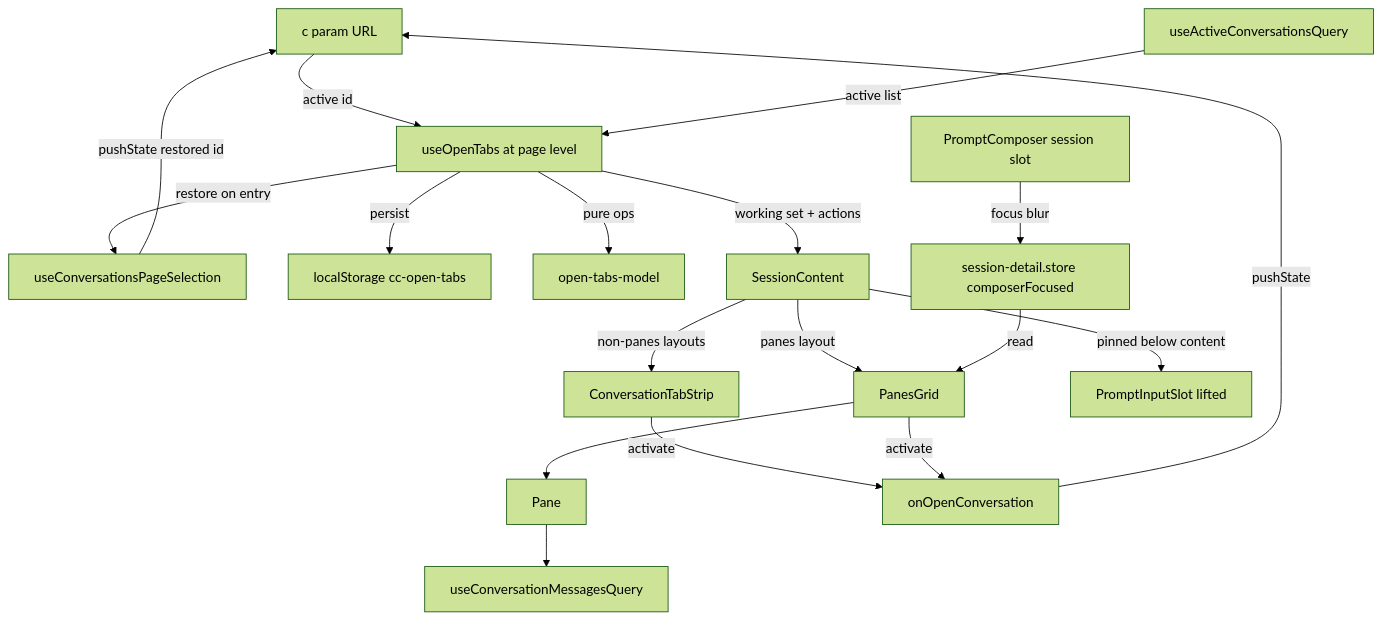
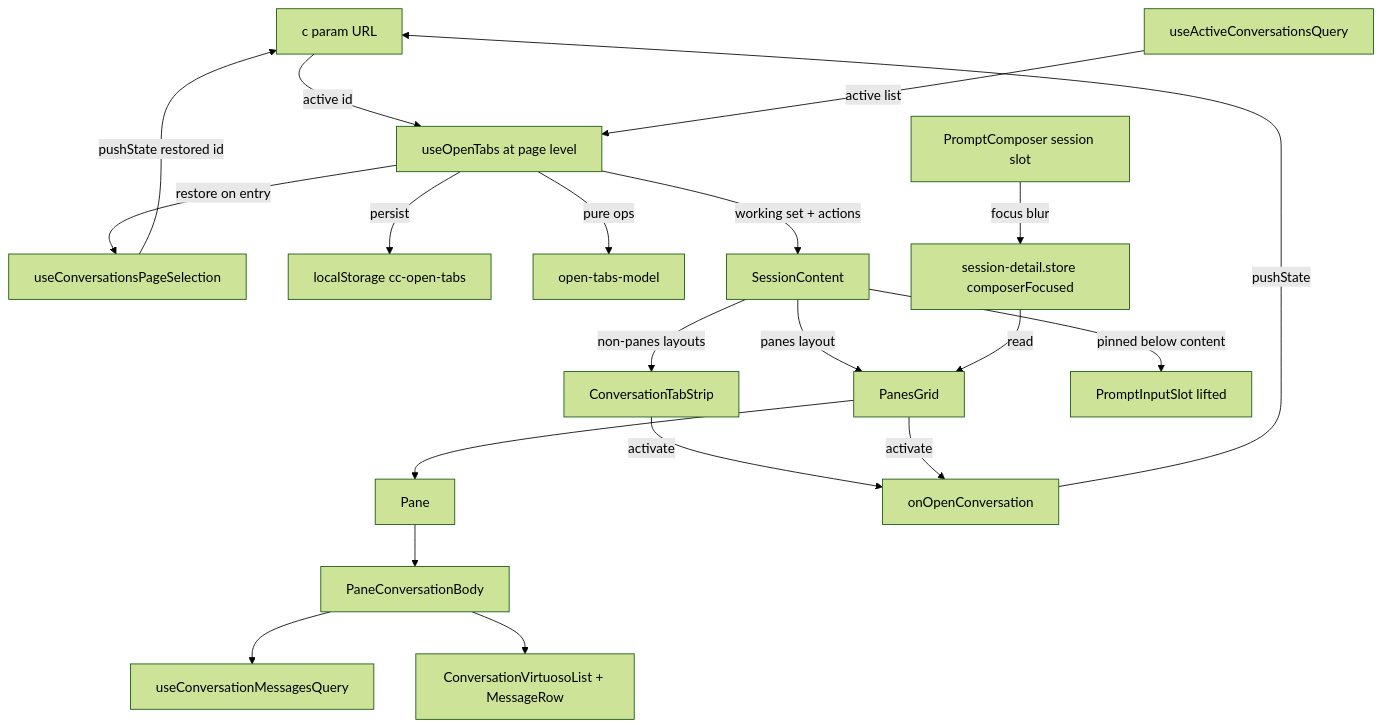
The first of 3 diagrams in .kiro/specs/conversation-tabs-and-panes/design.md (amhuppert/remote-ai-manager), drawn with Mermaid (forest theme) before and after one commit. The commit also changed other lines of this file and 20 other files, not shown here.

````diff
--- a/.kiro/specs/conversation-tabs-and-panes/design.md
+++ b/.kiro/specs/conversation-tabs-and-panes/design.md
@@ -60,23 +60,25 @@
 ```mermaid
 graph TB
     URL[c param URL] -->|active id| UseOpenTabs[useOpenTabs at page level]
     ActiveConvos[useActiveConversationsQuery] -->|active list| UseOpenTabs
     UseOpenTabs -->|restore on entry| Selection[useConversationsPageSelection]
     Selection -->|pushState restored id| URL
     UseOpenTabs -->|persist| LS[localStorage cc-open-tabs]
     UseOpenTabs -->|pure ops| Model[open-tabs-model]
     UseOpenTabs -->|working set + actions| SessionContent
 
     SessionContent -->|non-panes layouts| TabStrip[ConversationTabStrip]
     SessionContent -->|panes layout| PanesGrid
     SessionContent -->|pinned below content| Composer[PromptInputSlot lifted]
 
     PanesGrid --> Pane
-    Pane --> PaneMessages[useConversationMessagesQuery]
+    Pane --> PaneBody[PaneConversationBody]
+    PaneBody --> PaneMessages[useConversationMessagesQuery]
+    PaneBody --> SharedRenderers[ConversationVirtuosoList + MessageRow]
     TabStrip -->|activate| OpenConv[onOpenConversation]
     PanesGrid -->|activate| OpenConv
     OpenConv -->|pushState| URL
 
     PromptComposer[PromptComposer session slot] -->|focus blur| Store[session-detail.store composerFocused]
     Store -->|read| PanesGrid
 ```
````
